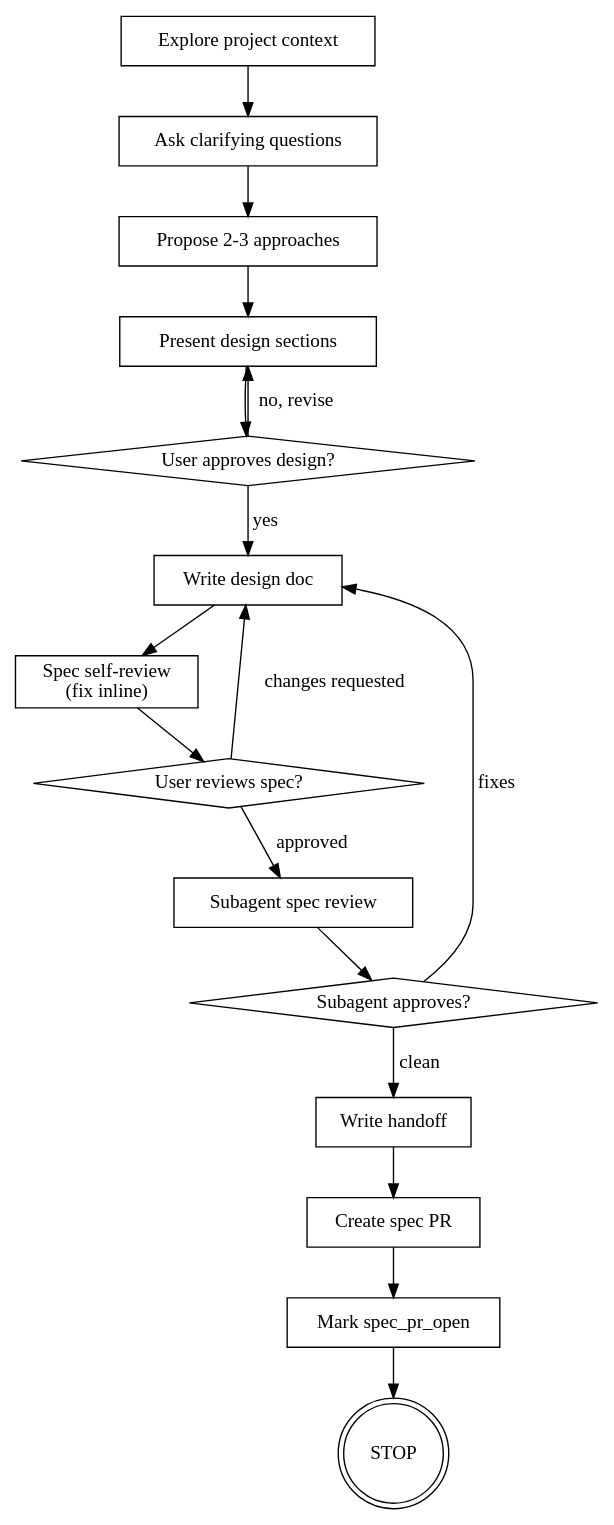
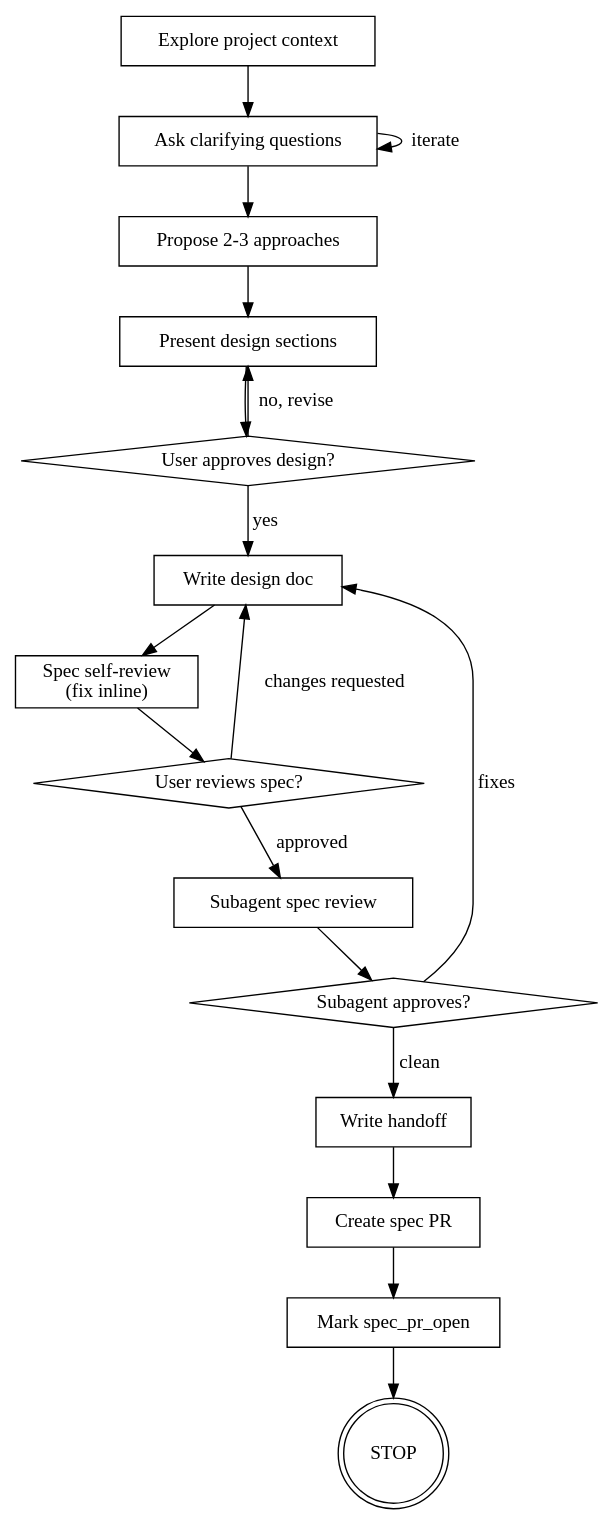
One commit to Fleron/Claude-plugins changed the diagram in skills/autopilot/skills/brainstorm/SKILL.md. Above: the diagram before and after it, drawn with Graphviz. The commit also changed other lines of this file and 8 other files, not shown here.

````diff
--- a/skills/autopilot/skills/brainstorm/SKILL.md
+++ b/skills/autopilot/skills/brainstorm/SKILL.md
@@ -41,35 +44,36 @@
 ```dot
 digraph brainstorming {
     "Explore project context" [shape=box];
     "Ask clarifying questions" [shape=box];
     "Propose 2-3 approaches" [shape=box];
     "Present design sections" [shape=box];
     "User approves design?" [shape=diamond];
     "Write design doc" [shape=box];
     "Spec self-review\n(fix inline)" [shape=box];
     "User reviews spec?" [shape=diamond];
     "Subagent spec review" [shape=box];
     "Subagent approves?" [shape=diamond];
     "Write handoff" [shape=box];
     "Create spec PR" [shape=box];
     "Mark spec_pr_open" [shape=box];
     "STOP" [shape=doublecircle];
 
     "Explore project context" -> "Ask clarifying questions";
+    "Ask clarifying questions" -> "Ask clarifying questions" [label="iterate"];
     "Ask clarifying questions" -> "Propose 2-3 approaches";
     "Propose 2-3 approaches" -> "Present design sections";
     "Present design sections" -> "User approves design?";
     "User approves design?" -> "Present design sections" [label="no, revise"];
     "User approves design?" -> "Write design doc" [label="yes"];
     "Write design doc" -> "Spec self-review\n(fix inline)";
     "Spec self-review\n(fix inline)" -> "User reviews spec?";
     "User reviews spec?" -> "Write design doc" [label="changes requested"];
     "User reviews spec?" -> "Subagent spec review" [label="approved"];
     "Subagent spec review" -> "Subagent approves?";
     "Subagent approves?" -> "Write design doc" [label="fixes"];
     "Subagent approves?" -> "Write handoff" [label="clean"];
     "Write handoff" -> "Create spec PR";
     "Create spec PR" -> "Mark spec_pr_open";
     "Mark spec_pr_open" -> "STOP";
 }
 ```
````
